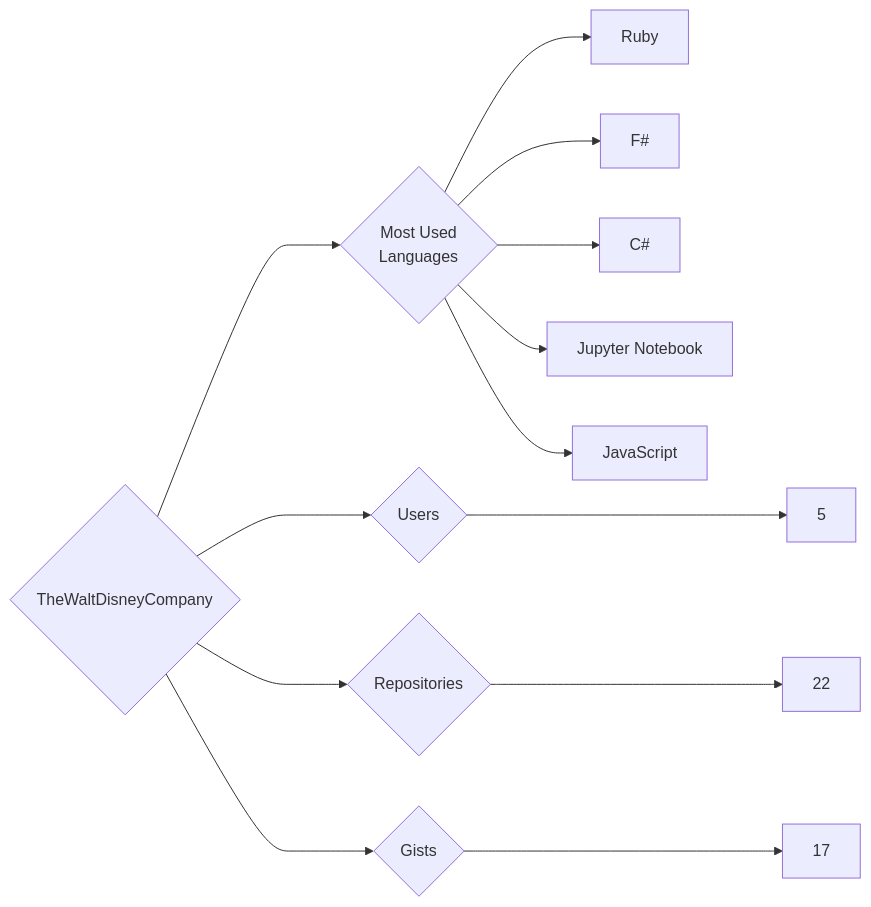
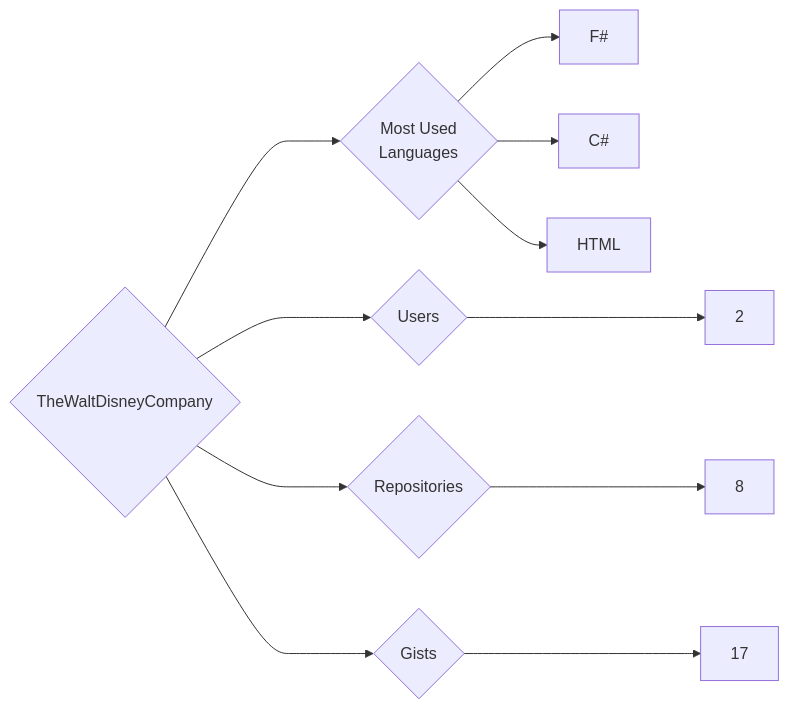
One commit to trickest/insiders changed the diagram in targets/TheWaltDisneyCompany/README.md. Above: the diagram before and after it, drawn with Mermaid. The commit also changed 1508 other files, not shown here.

````diff
--- a/targets/TheWaltDisneyCompany/README.md
+++ b/targets/TheWaltDisneyCompany/README.md
@@ -3,13 +3,11 @@
 ```mermaid
 graph LR
 COMPANY_NAME{TheWaltDisneyCompany}
-COMPANY_NAME ---> U{Users} ---> UN[5]
-COMPANY_NAME ---> R{Repositories} ---> RN[22]
+COMPANY_NAME ---> U{Users} ---> UN[2]
+COMPANY_NAME ---> R{Repositories} ---> RN[8]
 COMPANY_NAME ---> G{Gists} ---> GN[17]
 COMPANY_NAME ---> ML{Most Used<br>Languages}
-ML --> Ruby[Ruby]
 ML --> F#[F#]
 ML --> C#[C#]
-ML --> Jupyter_Notebook[Jupyter Notebook]
-ML --> JavaScript[JavaScript]
+ML --> HTML[HTML]
 ```
````
